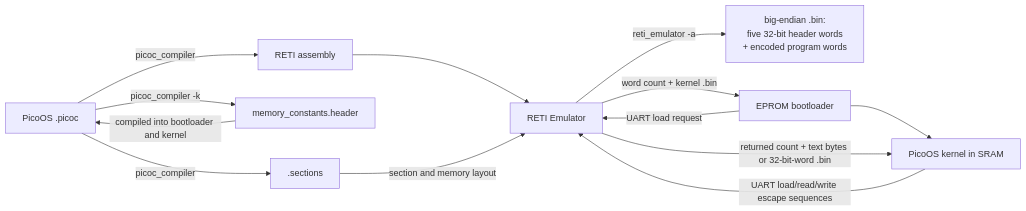
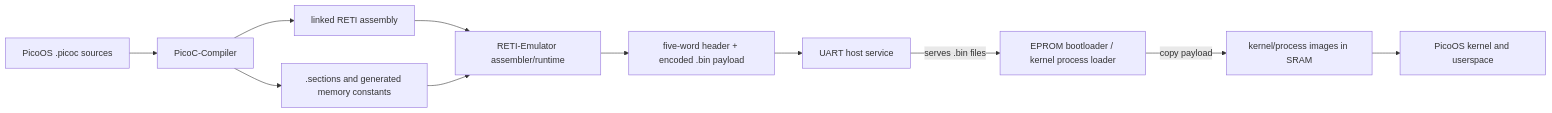
Before and after one commit to matthejue/Pico-OS_Presentation: the first of 30 diagrams in .source/Pico-OS-README.md, drawn with Mermaid. The commit also changed other lines of this file and 10 other files, not shown here.

Commit message:
updated the PicoOS presentation to follow the refreshed README structure and content Added visual zoom support, Mermaid rendering, presentation validation, and source review documentation Refreshed presentation styling, metadata, source snapshots, and contributor instructions

````diff
--- a/.source/Pico-OS-README.md
+++ b/.source/Pico-OS-README.md
@@ -110,15 +41,13 @@
 ```mermaid
 flowchart LR
-    OS["PicoOS .picoc"] -->|picoc_compiler| ASM["RETI assembly"]
-    OS -->|picoc_compiler -k| CONST["memory_constants.header"]
-    OS -->|picoc_compiler| SECTIONS[".sections"]
-    CONST -->|compiled into bootloader and kernel| OS
-    ASM --> EMU["RETI Emulator"]
-    SECTIONS -->|section and memory layout| EMU
-    EMU -->|reti_emulator -a| BIN["big-endian .bin:<br/>five 32-bit header words<br/>+ encoded program words"]
-    BOOT["EPROM bootloader"] -->|UART load request| EMU["RETI Emulator"]
-    EMU -->|word count + kernel .bin| BOOT
-    BOOT --> K["PicoOS kernel in SRAM"]
-    K -->|UART load/read/write escape sequences| EMU
-    EMU -->|returned count + text bytes or 32-bit-word .bin| K
+    SRC["PicoOS .picoc sources"] --> CPL["PicoC-Compiler"]
+    CPL --> ASM["linked RETI assembly"]
+    CPL --> SEC[".sections and generated memory constants"]
+    ASM --> EMU["RETI-Emulator assembler/runtime"]
+    SEC --> EMU
+    EMU --> BIN["five-word header + encoded .bin payload"]
+    HOST["UART host service"] -->|serves .bin files| BOOT["EPROM bootloader / kernel process loader"]
+    BIN --> HOST
+    BOOT -->|copy payload| SRAM["kernel/process images in SRAM"]
+    SRAM --> K["PicoOS kernel and userspace"]
 ```
````
